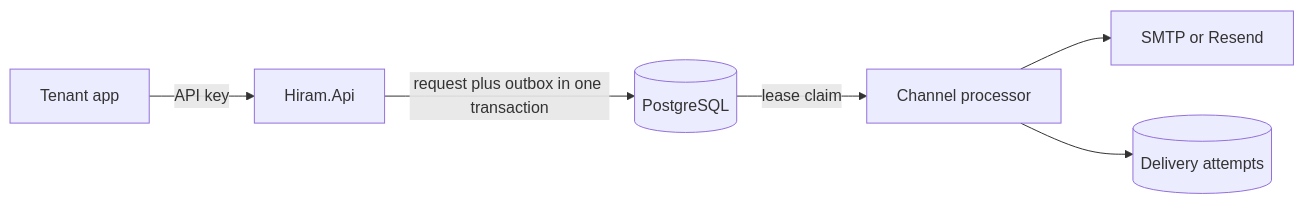
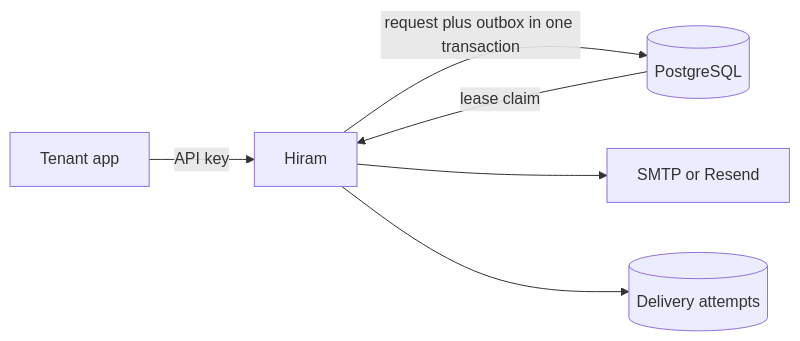
Before and after one commit to michel-az-de/hiram: the diagram in README.md, drawn with Mermaid. The commit also changed other lines of this file and 37 other files, not shown here.

````diff
--- a/README.md
+++ b/README.md
@@ -47,8 +44,8 @@
 ```mermaid
 flowchart LR
-  client[Tenant app] -->|API key| api[Hiram.Api]
-  api -->|request plus outbox in one transaction| pg[(PostgreSQL)]
-  pg -->|lease claim| dispatcher[Channel processor]
-  dispatcher --> provider[SMTP or Resend]
-  dispatcher --> attempts[(Delivery attempts)]
+  client[Tenant app] -->|API key| hiram[Hiram]
+  hiram -->|request plus outbox in one transaction| pg[(PostgreSQL)]
+  pg -->|lease claim| hiram
+  hiram --> provider[SMTP or Resend]
+  hiram --> attempts[(Delivery attempts)]
 ```
````
